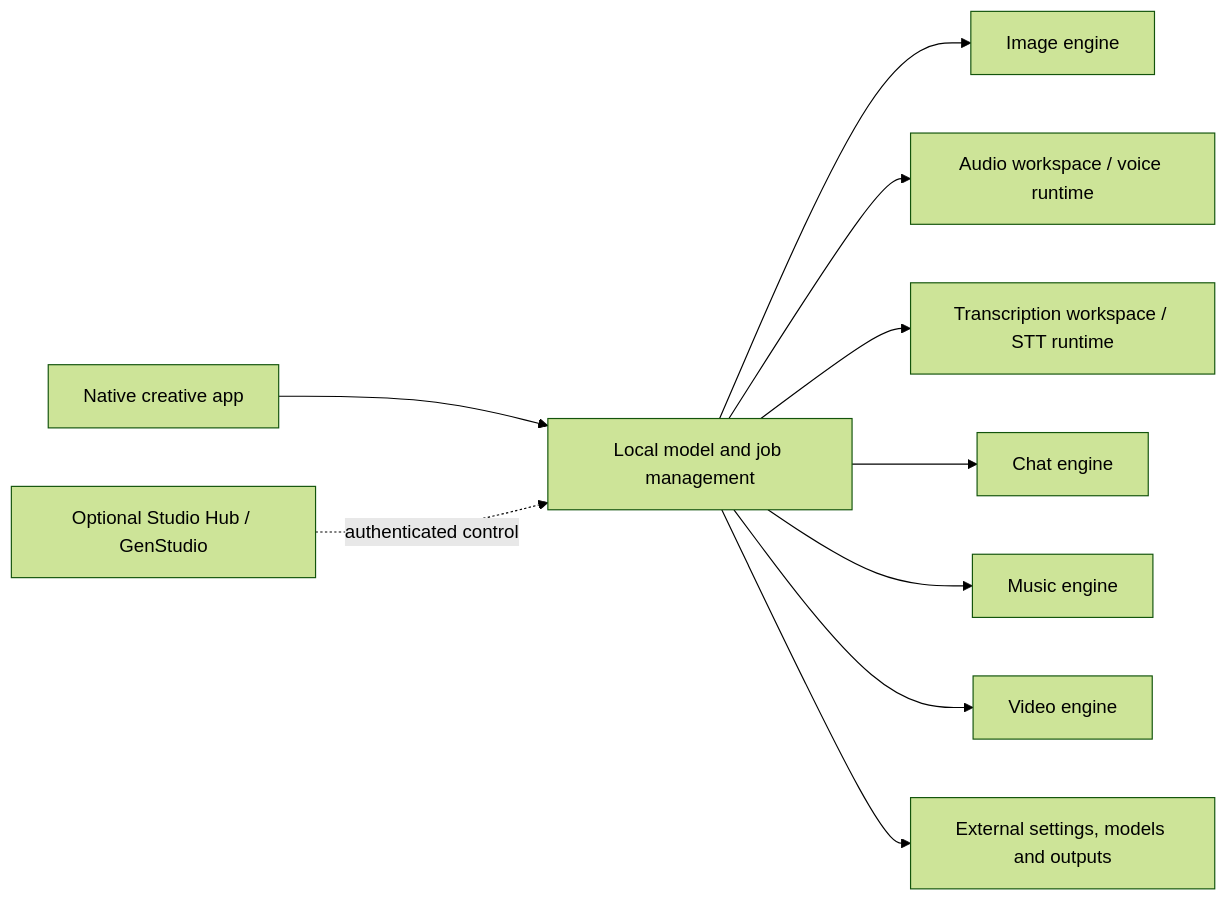
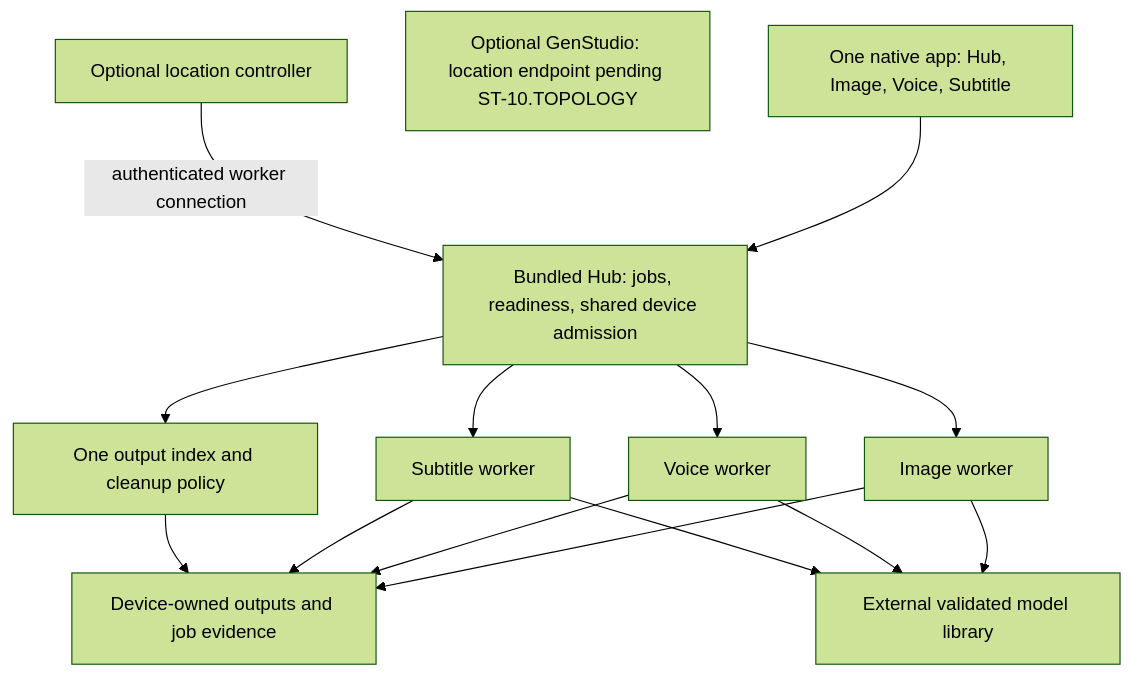
Before and after one commit to theng12/hub-studio-kh: the first of 2 diagrams in docs/standalone-plan.md, drawn with Mermaid (forest theme). The commit also changed other lines of this file and 24 other files, not shown here.

````diff
--- a/docs/standalone-plan.md
+++ b/docs/standalone-plan.md
@@ -30,12 +63,17 @@
-```mermaid
-flowchart LR
-  U[Native creative app] --> L[Local model and job management]
-  L --> I[Image engine]
-  L --> A[Audio workspace / voice runtime]
-  L --> T[Transcription workspace / STT runtime]
-  L --> C[Chat engine]
-  L --> M[Music engine]
-  L --> V[Video engine]
-  E[Optional Studio Hub / GenStudio] -. authenticated control .-> L
-  L --> D[External settings, models and outputs]
-```
+~~~mermaid
+flowchart TD
+    UI[One native app: Hub, Image, Voice, Subtitle] --> H[Bundled Hub: jobs, readiness, shared device admission]
+    G[Optional GenStudio: location endpoint pending ST-10.TOPOLOGY]
+    C[Optional location controller] -->|authenticated worker connection| H
+    H --> I[Image worker]
+    H --> V[Voice worker]
+    H --> S[Subtitle worker]
+    I --> O[Device-owned outputs and job evidence]
+    V --> O
+    S --> O
+    H --> R[One output index and cleanup policy]
+    R --> O
+    I --> M[External validated model library]
+    V --> M
+    S --> M
+~~~
````
